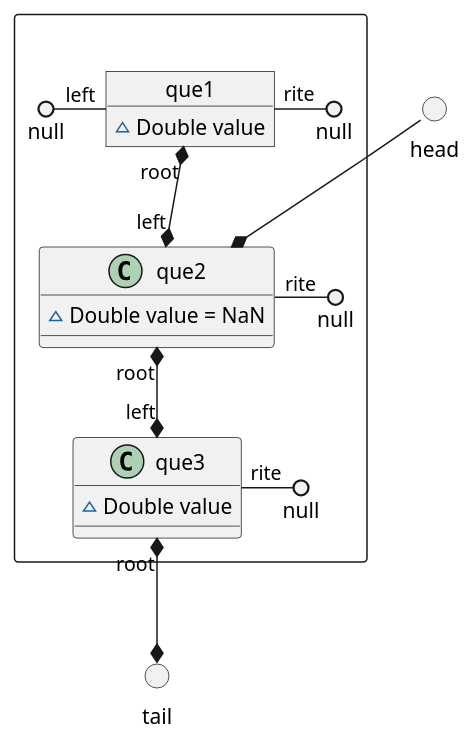
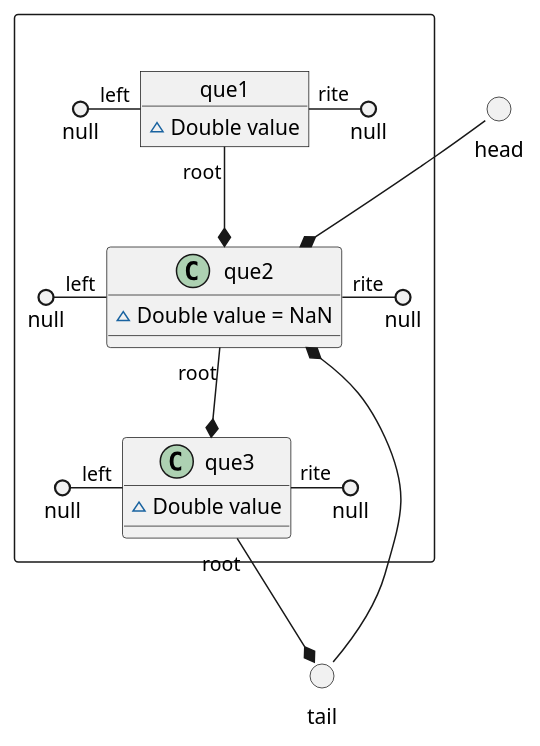
The diagram in src/docs/UML/reorderScheme/_03_queue.puml (vitalispopoff/calculator), drawn with PlantUML before and after one commit. The commit also changed 17 other files, not shown here.

```diff
--- a/src/docs/UML/reorderScheme/_03_queue.puml
+++ b/src/docs/UML/reorderScheme/_03_queue.puml
@@ -1,31 +1,33 @@
 @startuml
 
 () head
 () tail
 
 package " " <<Rectangle>>{
 
-    head --* que2
+         head --* que2
 
     object que1{
         ~ Double value
     }
-        null ()- "left" que1
+    null ()- "left" que1
         que1 "rite" -() null
-        que1 "root" *--* "left" que2
+        que1 "root" --* que2
 
     object que2{
         ~ Double value = NaN
     }
+        null ()- "left" que2
         que2 "rite" -() null
-        que2 "root" *--*  "left" que3
+        que2 "root" --* que3
+        que2 *-- tail
 
     object que3{
         ~ Double value
     }
+        null ()- "left" que3
         que3 "rite" -() null
-        que3 "root" *--* tail
-
+        que3 "root" --* tail
 }
 
 @enduml
```
